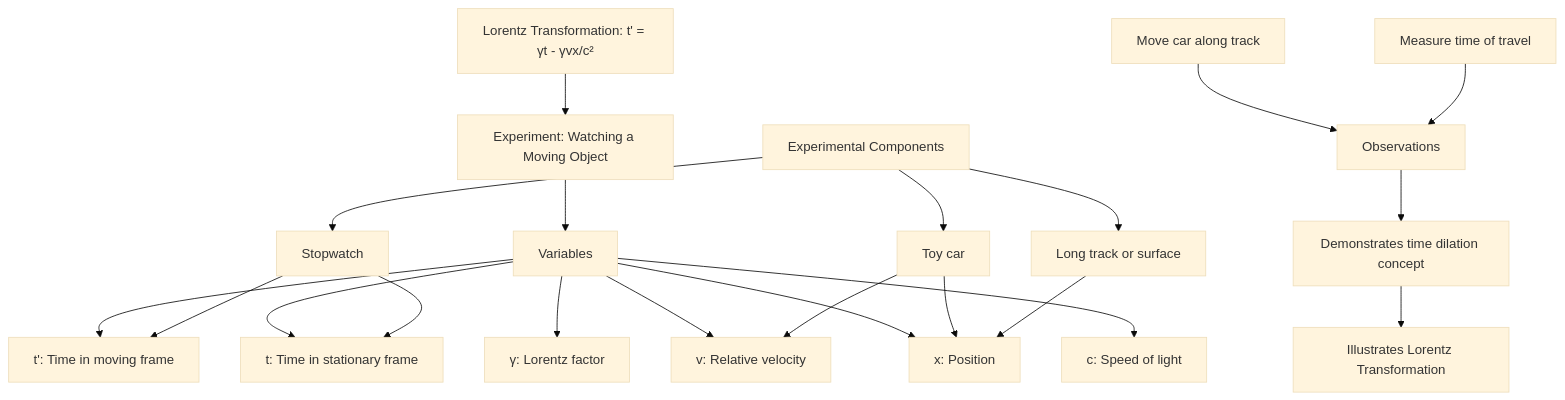
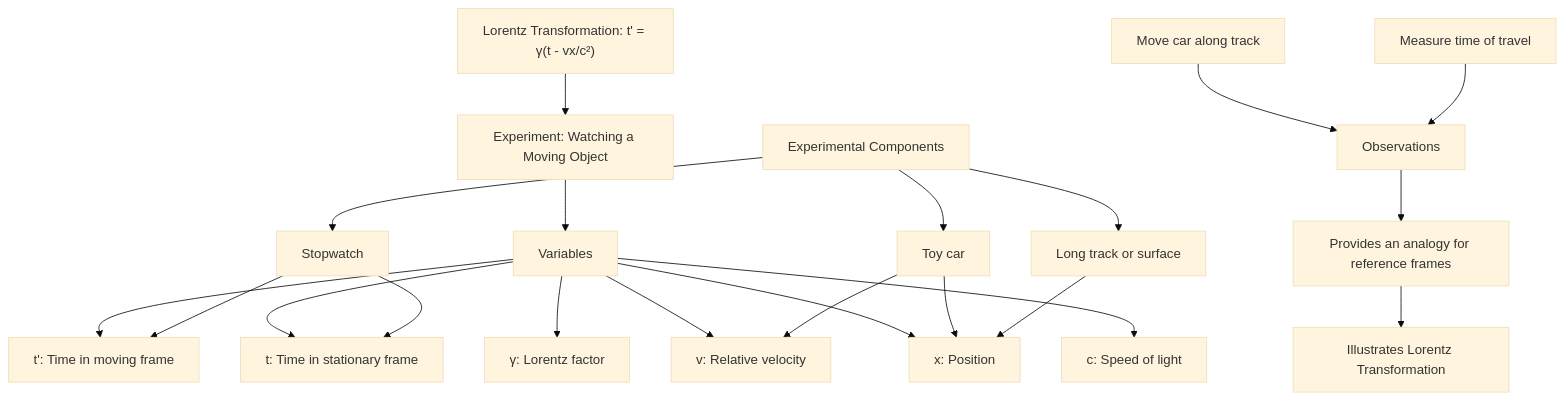
Diagram 24 of 35 in README.md (Josh-XT/math), drawn with Mermaid (base theme) before and after one commit. The commit also changed other lines of this file, not shown here.

````diff
--- a/README.md
+++ b/README.md
@@ -1941,28 +1949,28 @@
 ```mermaid
 graph TD
-    A["Lorentz Transformation: t' = γt - γvx/c²"] --> B["Experiment: Watching a Moving Object"]
+    A["Lorentz Transformation: t' = γ(t - vx/c²)"] --> B["Experiment: Watching a Moving Object"]
     B --> C["Variables"]
     C --> D["t': Time in moving frame"]
     C --> E["t: Time in stationary frame"]
     C --> F["γ: Lorentz factor"]
     C --> G["v: Relative velocity"]
     C --> H["x: Position"]
     C --> I["c: Speed of light"]
     
     J["Experimental Components"] --> K["Toy car"]
     J --> L["Long track or surface"]
     J --> M["Stopwatch"]
     
     K --> G
     K --> H
     L --> H
     M --> D
     M --> E
     
     N["Observations"]
     O["Move car along track"] --> N
     P["Measure time of travel"] --> N
     
-    N --> Q["Demonstrates time dilation concept"]
+    N --> Q["Provides an analogy for reference frames"]
     Q --> R["Illustrates Lorentz Transformation"]
 ```
````
